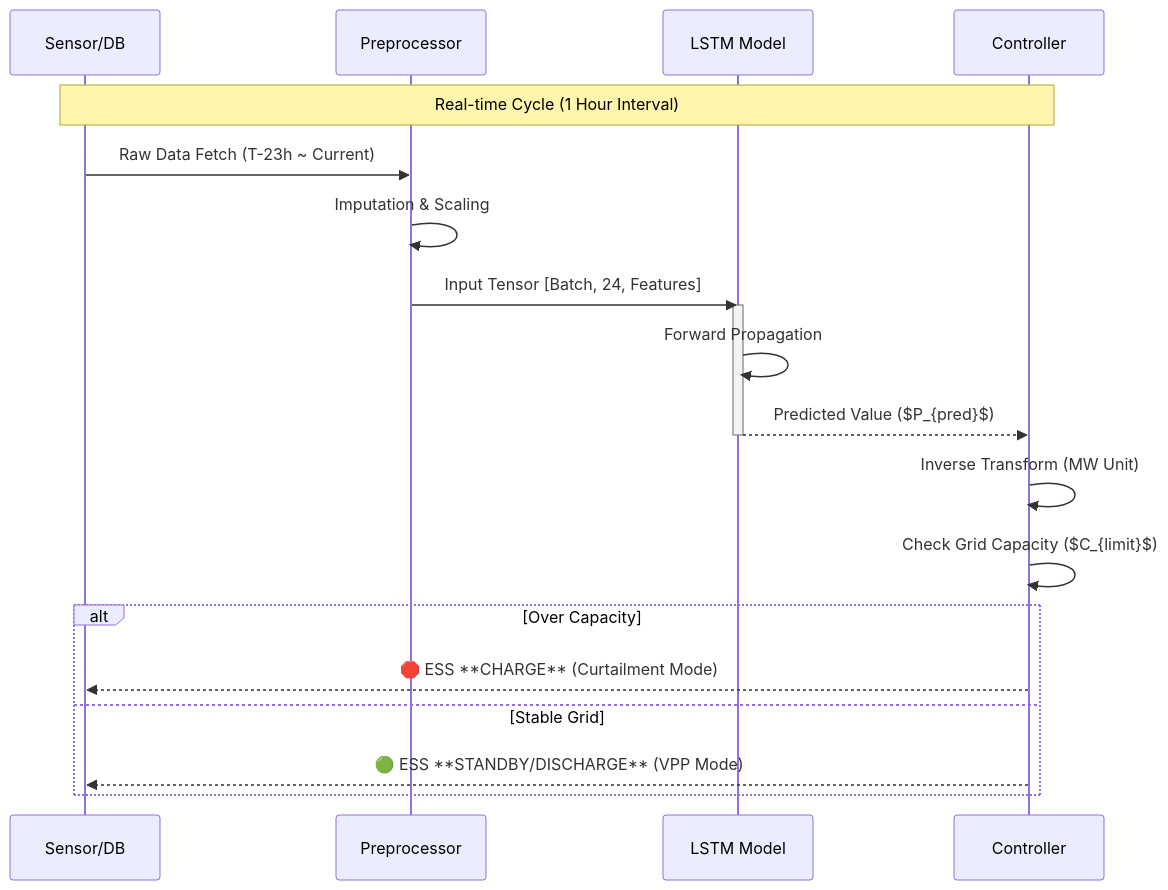
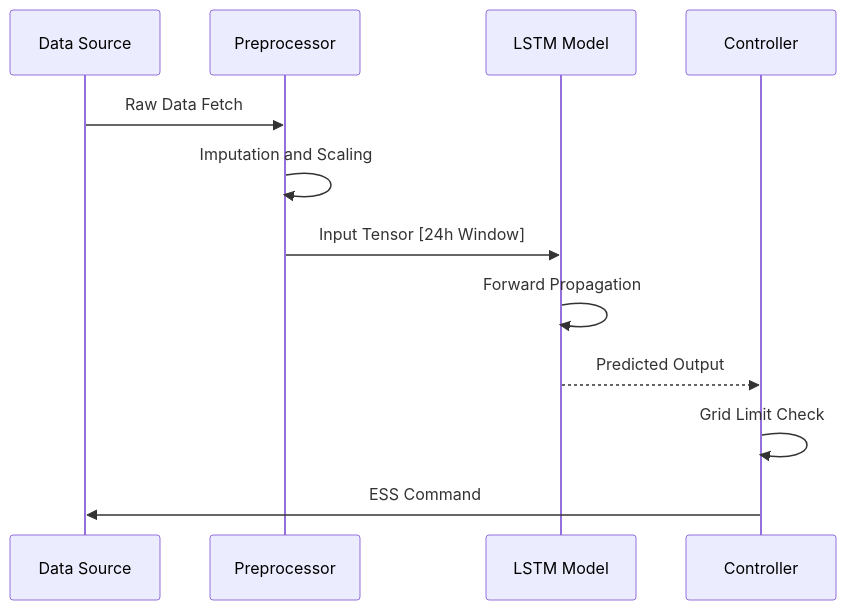
One commit to yousoo0920/ess-vpp-project changed the third of 4 diagrams in README.md. Above: the diagram before and after it, drawn with Mermaid. The commit also changed other lines of this file, not shown here.

````diff
--- a/README.md
+++ b/README.md
@@ -82,27 +99,15 @@
 ```mermaid
 sequenceDiagram
-    participant S as Sensor/DB
+    participant S as Data Source
     participant P as Preprocessor
     participant M as LSTM Model
     participant C as Controller
 
-    Note over S, C: Real-time Cycle (1 Hour Interval)
-    
-    S->>P: Raw Data Fetch (T-23h ~ Current)
-    P->>P: Imputation & Scaling
-    P->>M: Input Tensor [Batch, 24, Features]
-    
-    activate M
+    S->>P: Raw Data Fetch
+    P->>P: Imputation and Scaling
+    P->>M: Input Tensor [24h Window]
     M->>M: Forward Propagation
-    M-->>C: Predicted Value ($P_{pred}$)
-    deactivate M
-    
-    C->>C: Inverse Transform (MW Unit)
-    C->>C: Check Grid Capacity ($C_{limit}$)
-    
-    alt Over Capacity
-        C-->>S: 🛑 ESS **CHARGE** (Curtailment Mode)
-    else Stable Grid
-        C-->>S: 🟢 ESS **STANDBY/DISCHARGE** (VPP Mode)
-    end
+    M-->>C: Predicted Output
+    C->>C: Grid Limit Check
+    C->>S: ESS Command
 ```
````
